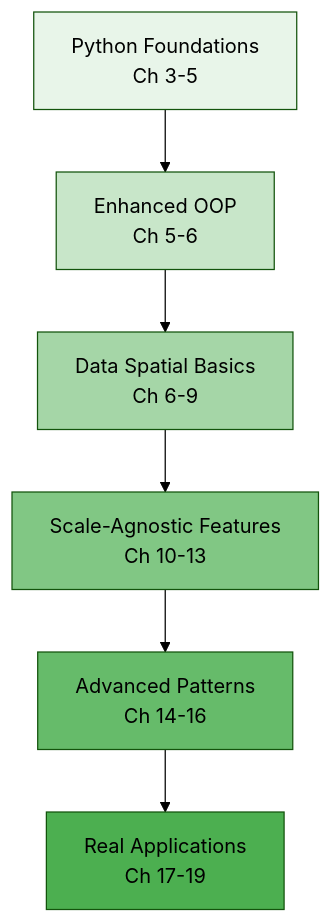
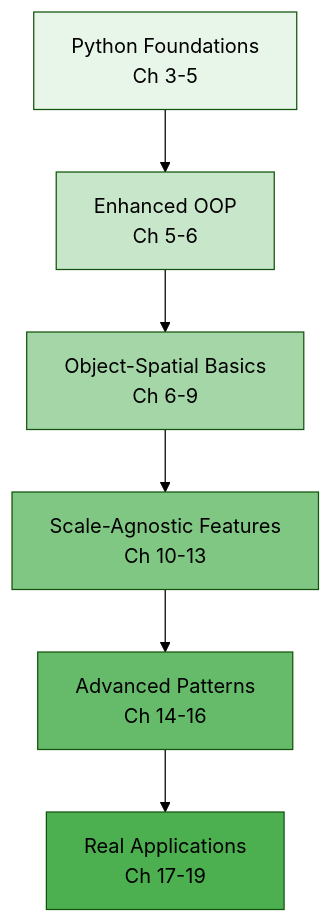
Before and after one commit to Gorgeous-Patrick/jaseci: the fifth of 5 diagrams in docs/docs/jac_book/chapter_1.md, drawn with Mermaid (forest theme). The commit also changed other lines of this file and 87 other files, not shown here.

Commit message:
Data spatial is now Object-spatial

````diff
--- a/docs/docs/jac_book/chapter_1.md
+++ b/docs/docs/jac_book/chapter_1.md
@@ -547,15 +547,15 @@
 ```mermaid
 graph TD
     A[Python Foundations<br/>Ch 3-5] --> B[Enhanced OOP<br/>Ch 5-6]
-    B --> C[Data Spatial Basics<br/>Ch 6-9]
+    B --> C[Object-Spatial Basics<br/>Ch 6-9]
     C --> D[Scale-Agnostic Features<br/>Ch 10-13]
     D --> E[Advanced Patterns<br/>Ch 14-16]
     E --> F[Real Applications<br/>Ch 17-19]
 
     style A fill:#e8f5e9
     style B fill:#c8e6c9
     style C fill:#a5d6a7
     style D fill:#81c784
     style E fill:#66bb6a
     style F fill:#4caf50
 ```
````
